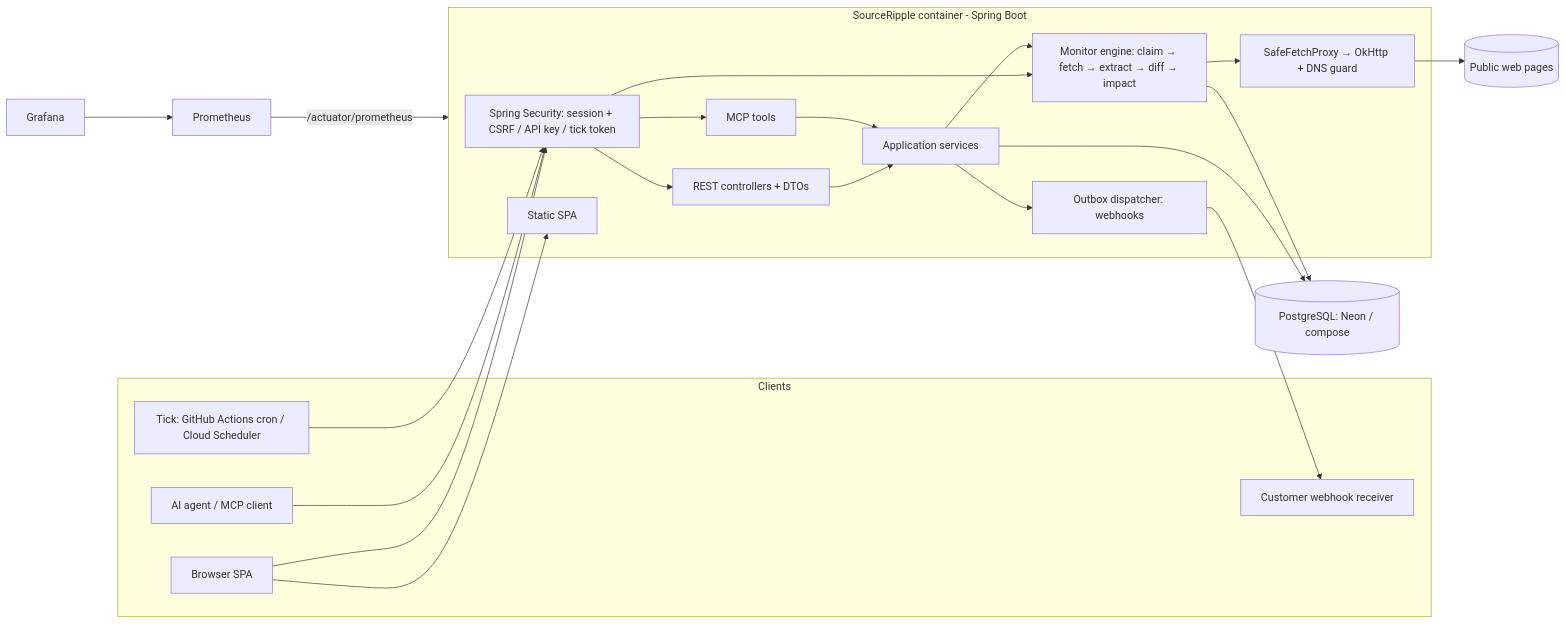
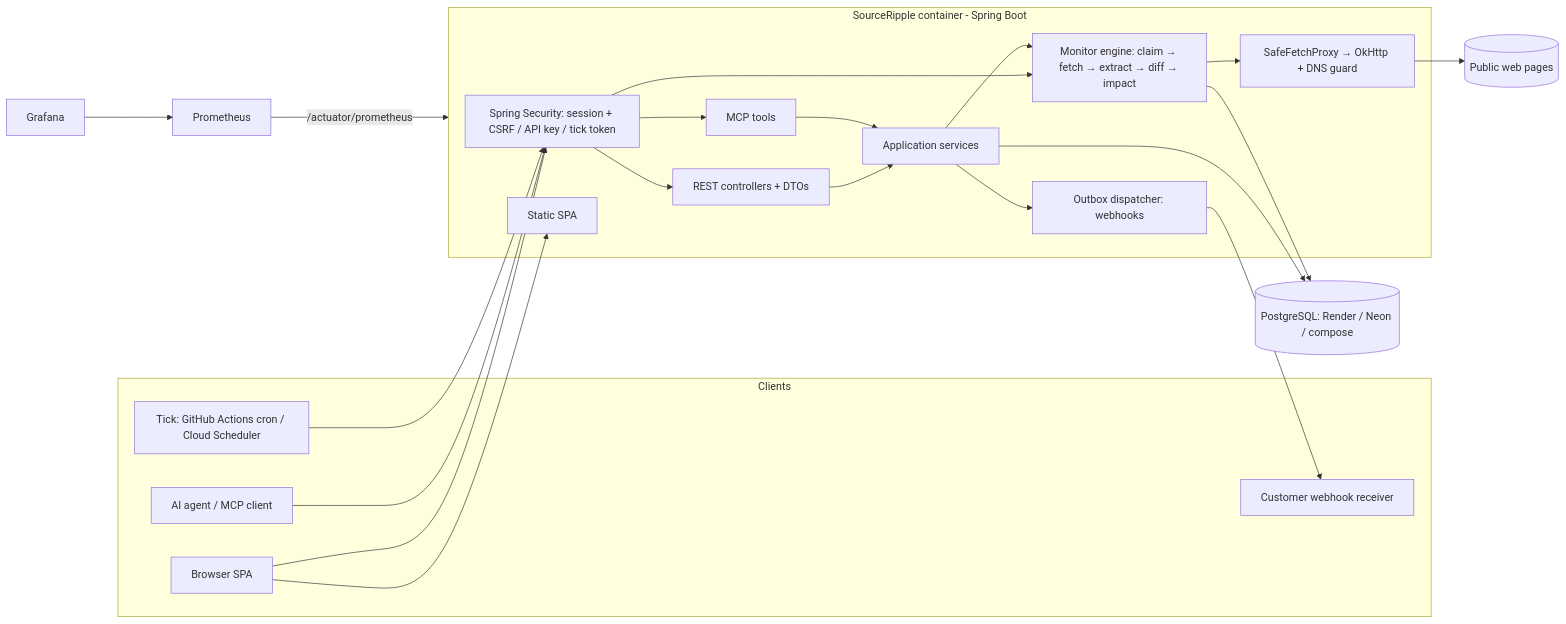
The first of 3 diagrams in README.md (khalid999devs/SourceRipple), drawn with Mermaid before and after one commit. The commit also changed other lines of this file and 7 other files, not shown here.

````diff
--- a/README.md
+++ b/README.md
@@ -51,32 +51,32 @@
 ```mermaid
 flowchart LR
   subgraph Clients
     B[Browser SPA]
     R[Customer webhook receiver]
     A[AI agent / MCP client]
     T[Tick: GitHub Actions cron / Cloud Scheduler]
   end
   subgraph App[SourceRipple container - Spring Boot]
     SEC[Spring Security: session + CSRF / API key / tick token]
     API[REST controllers + DTOs]
     MCP[MCP tools]
     SVC[Application services]
     MON[Monitor engine: claim → fetch → extract → diff → impact]
     FETCH[SafeFetchProxy → OkHttp + DNS guard]
     OUT[Outbox dispatcher: webhooks]
     SPA[Static SPA]
   end
-  DB[(PostgreSQL: Neon / compose)]
+  DB[(PostgreSQL: Render / Neon / compose)]
   WEB[(Public web pages)]
   B --> SEC --> API --> SVC
   A --> SEC --> MCP --> SVC
   T --> SEC --> MON
   SVC --> MON --> FETCH --> WEB
   SVC --> DB
   MON --> DB
   OUT --> R
   SVC --> OUT
   B --> SPA
   PROM[Prometheus] -->|/actuator/prometheus| App
   GRAF[Grafana] --> PROM
 ```
````
